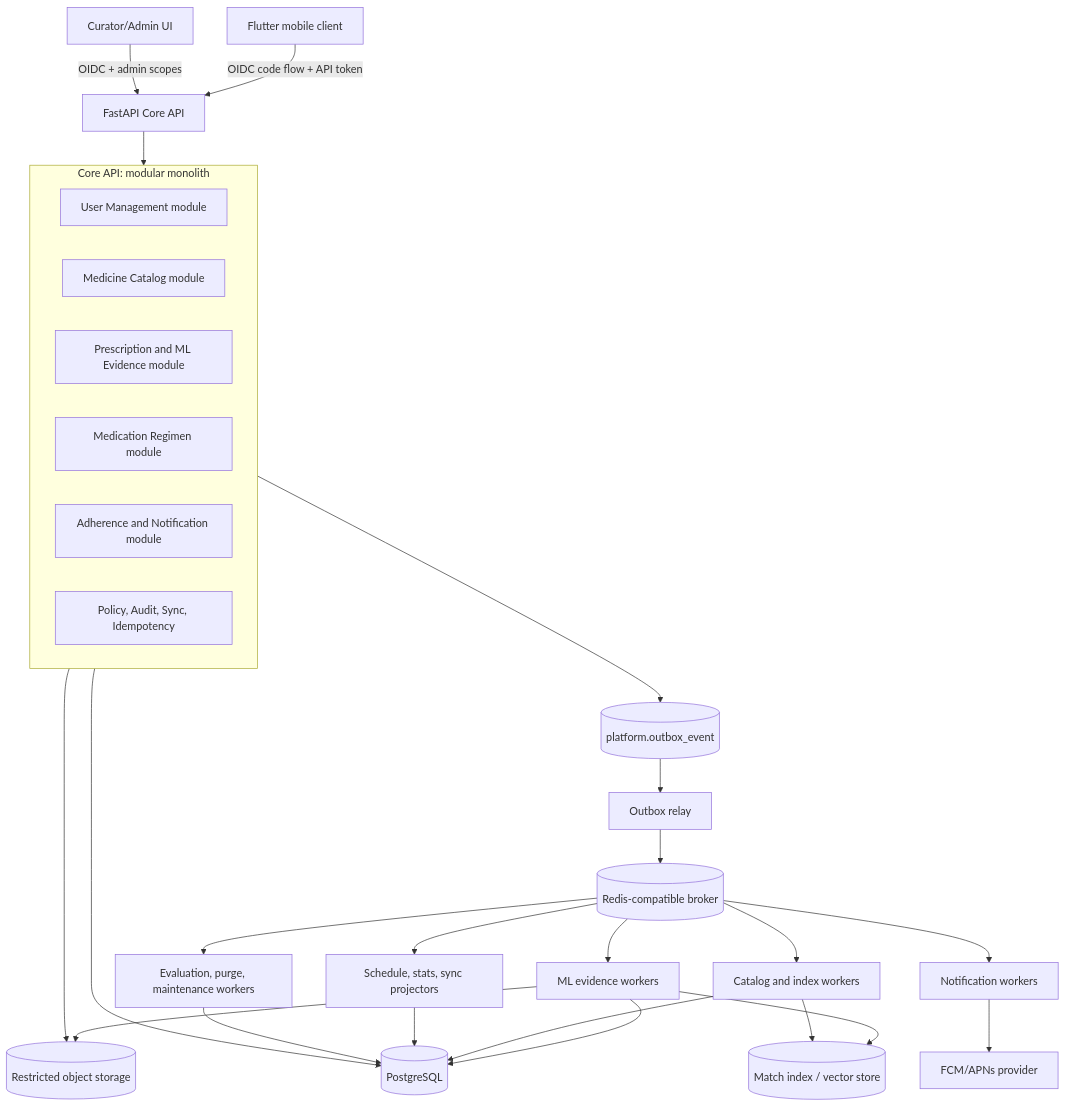
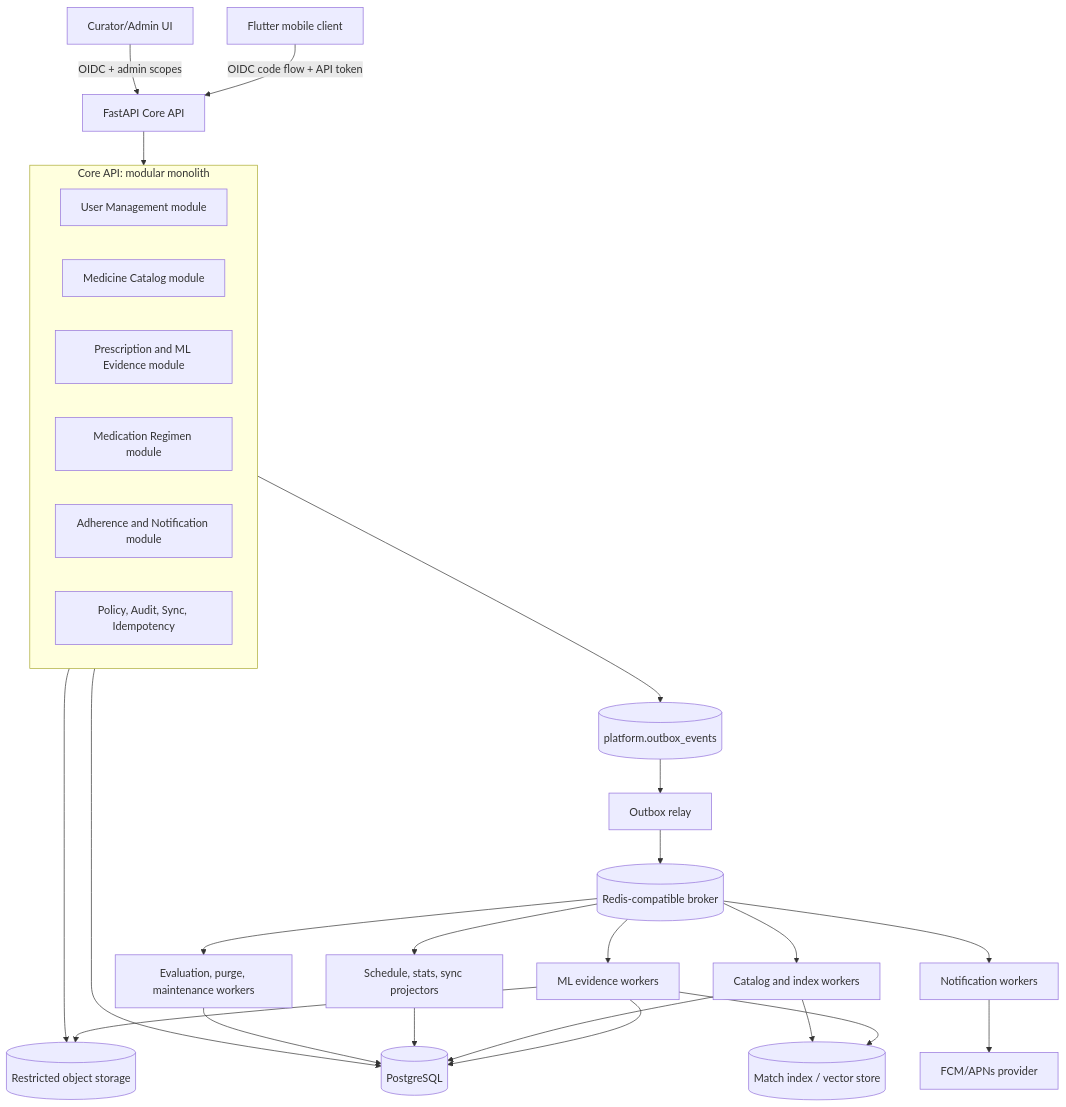
The diagram in docs/nirog/technical-analysis/00-system-architecture.md (Paradox-Tech-BD/nirog-storybook), drawn with Mermaid before and after one commit. The commit also changed 56 other files, not shown here.

Commit message:
docs: add unified system architecture and reconcile contracts

````diff
--- a/docs/nirog/technical-analysis/00-system-architecture.md
+++ b/docs/nirog/technical-analysis/00-system-architecture.md
@@ -7,36 +7,36 @@
 ```mermaid
 flowchart TB
   Flutter[Flutter mobile client] -->|OIDC code flow + API token| API[FastAPI Core API]
   Admin[Curator/Admin UI] -->|OIDC + admin scopes| API
 
   subgraph Core[Core API: modular monolith]
     Identity[User Management module]
     Catalog[Medicine Catalog module]
     Evidence[Prescription and ML Evidence module]
     Regimen[Medication Regimen module]
     Adherence[Adherence and Notification module]
     Platform[Policy, Audit, Sync, Idempotency]
   end
 
   API --> Core
   Core --> PG[(PostgreSQL)]
   Core --> Assets[(Restricted object storage)]
-  Core --> Outbox[(platform.outbox_event)]
+  Core --> Outbox[(platform.outbox_events)]
   Outbox --> Relay[Outbox relay]
   Relay --> Broker[(Redis-compatible broker)]
 
   Broker --> ML[ML evidence workers]
   Broker --> CatalogWorker[Catalog and index workers]
   Broker --> Notify[Notification workers]
   Broker --> Projector[Schedule, stats, sync projectors]
   Broker --> Ops[Evaluation, purge, maintenance workers]
 
   ML --> PG
   ML --> Assets
   ML --> Vector[(Match index / vector store)]
   CatalogWorker --> PG
   CatalogWorker --> Vector
   Notify --> Push[FCM/APNs provider]
   Projector --> PG
   Ops --> PG
 ```
````
